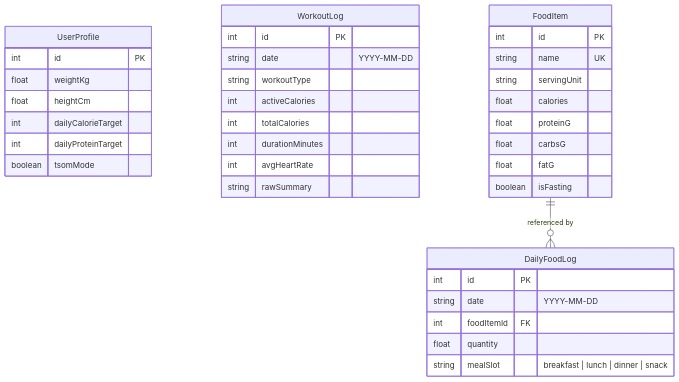
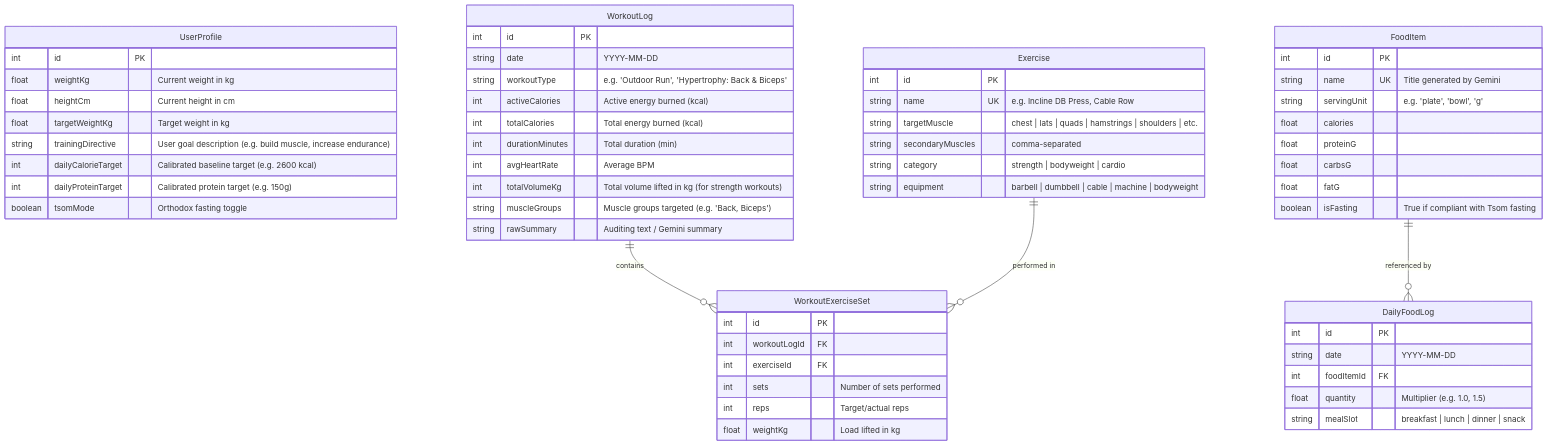
One commit to Bekjo3/macro-log changed the second of 8 diagrams in docs/SYSTEM_DESIGN.md. Above: the diagram before and after it, drawn with Mermaid. The commit also changed other lines of this file and 2 other files, not shown here.

Commit message:
docs: add system design and strength & recovery blueprint with react-body-highlighter

````diff
--- a/docs/SYSTEM_DESIGN.md
+++ b/docs/SYSTEM_DESIGN.md
@@ -72,43 +87,67 @@
 ```mermaid
 erDiagram
     UserProfile {
         int id PK
-        float weightKg
-        float heightCm
-        int dailyCalorieTarget
-        int dailyProteinTarget
-        boolean tsomMode
+        float weightKg "Current weight in kg"
+        float heightCm "Current height in cm"
+        float targetWeightKg "Target weight in kg"
+        string trainingDirective "User goal description (e.g. build muscle, increase endurance)"
+        int dailyCalorieTarget "Calibrated baseline target (e.g. 2600 kcal)"
+        int dailyProteinTarget "Calibrated protein target (e.g. 150g)"
+        boolean tsomMode "Orthodox fasting toggle"
     }
 
     WorkoutLog {
         int id PK
         string date "YYYY-MM-DD"
-        string workoutType
-        int activeCalories
-        int totalCalories
-        int durationMinutes
-        int avgHeartRate
-        string rawSummary
+        string workoutType "e.g. 'Outdoor Run', 'Hypertrophy: Back & Biceps'"
+        int activeCalories "Active energy burned (kcal)"
+        int totalCalories "Total energy burned (kcal)"
+        int durationMinutes "Total duration (min)"
+        int avgHeartRate "Average BPM"
+        int totalVolumeKg "Total volume lifted in kg (for strength workouts)"
+        string muscleGroups "Muscle groups targeted (e.g. 'Back, Biceps')"
+        string rawSummary "Auditing text / Gemini summary"
     }
 
     FoodItem {
         int id PK
-        string name UK
-        string servingUnit
+        string name UK "Title generated by Gemini"
+        string servingUnit "e.g. 'plate', 'bowl', 'g'"
         float calories
         float proteinG
         float carbsG
         float fatG
-        boolean isFasting
+        boolean isFasting "True if compliant with Tsom fasting"
     }
 
     DailyFoodLog {
         int id PK
         string date "YYYY-MM-DD"
         int foodItemId FK
-        float quantity
+        float quantity "Multiplier (e.g. 1.0, 1.5)"
         string mealSlot "breakfast | lunch | dinner | snack"
     }
 
+    Exercise {
+        int id PK
+        string name UK "e.g. Incline DB Press, Cable Row"
+        string targetMuscle "chest | lats | quads | hamstrings | shoulders | etc."
+        string secondaryMuscles "comma-separated"
+        string category "strength | bodyweight | cardio"
+        string equipment "barbell | dumbbell | cable | machine | bodyweight"
+    }
+
+    WorkoutExerciseSet {
+        int id PK
+        int workoutLogId FK
+        int exerciseId FK
+        int sets "Number of sets performed"
+        int reps "Target/actual reps"
+        float weightKg "Load lifted in kg"
+    }
+
     FoodItem ||--o{ DailyFoodLog : "referenced by"
+    WorkoutLog ||--o{ WorkoutExerciseSet : "contains"
+    Exercise ||--o{ WorkoutExerciseSet : "performed in"
 ```
````
